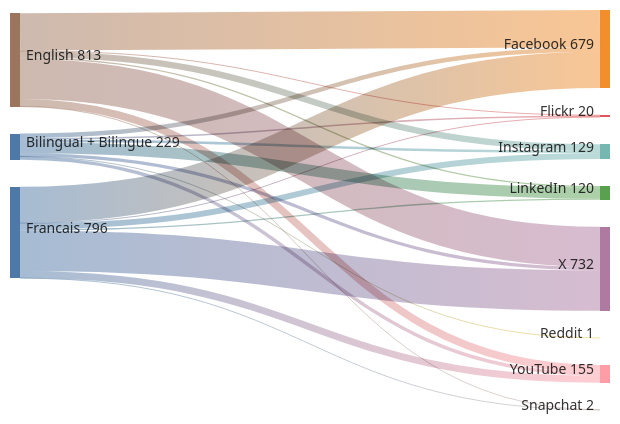
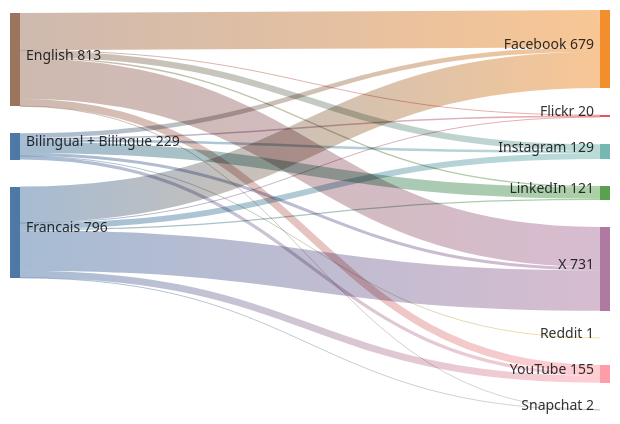
Before and after one commit to PatLittle/GC-Socials: the diagram in sankey_diagram.md, drawn with Mermaid.

Commit message:
Update Sankey diagram for the most recent day

````diff
--- a/sankey_diagram.md
+++ b/sankey_diagram.md
@@ -1,24 +1,24 @@
 ```mermaid
 sankey-beta
   Bilingual + Bilingue,Facebook,39
   Bilingual + Bilingue,Flickr,13
   Bilingual + Bilingue,Instagram,22
-  Bilingual + Bilingue,LinkedIn,97
+  Bilingual + Bilingue,LinkedIn,98
   Bilingual + Bilingue,Reddit,1
-  Bilingual + Bilingue,X,28
+  Bilingual + Bilingue,X,27
   Bilingual + Bilingue,YouTube,29
   English,Facebook,325
   English,Flickr,4
   English,Instagram,55
   English,LinkedIn,12
   English,Snapchat,1
   English,X,351
   English,YouTube,65
   Francais,Facebook,315
   Francais,Flickr,3
   Francais,Instagram,52
   Francais,LinkedIn,11
   Francais,Snapchat,1
   Francais,X,353
   Francais,YouTube,61
 ```
````
